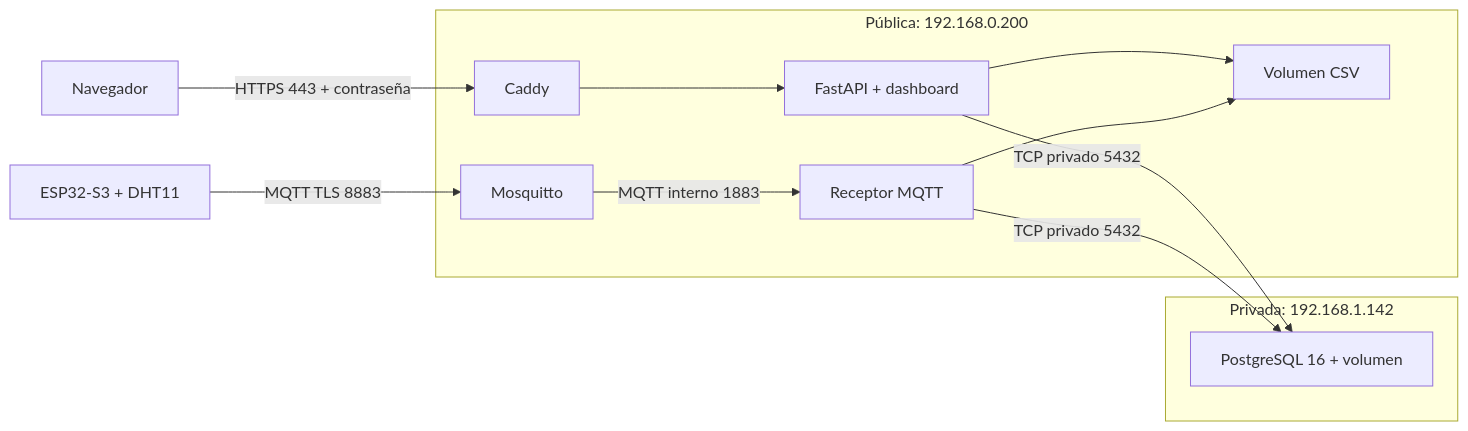
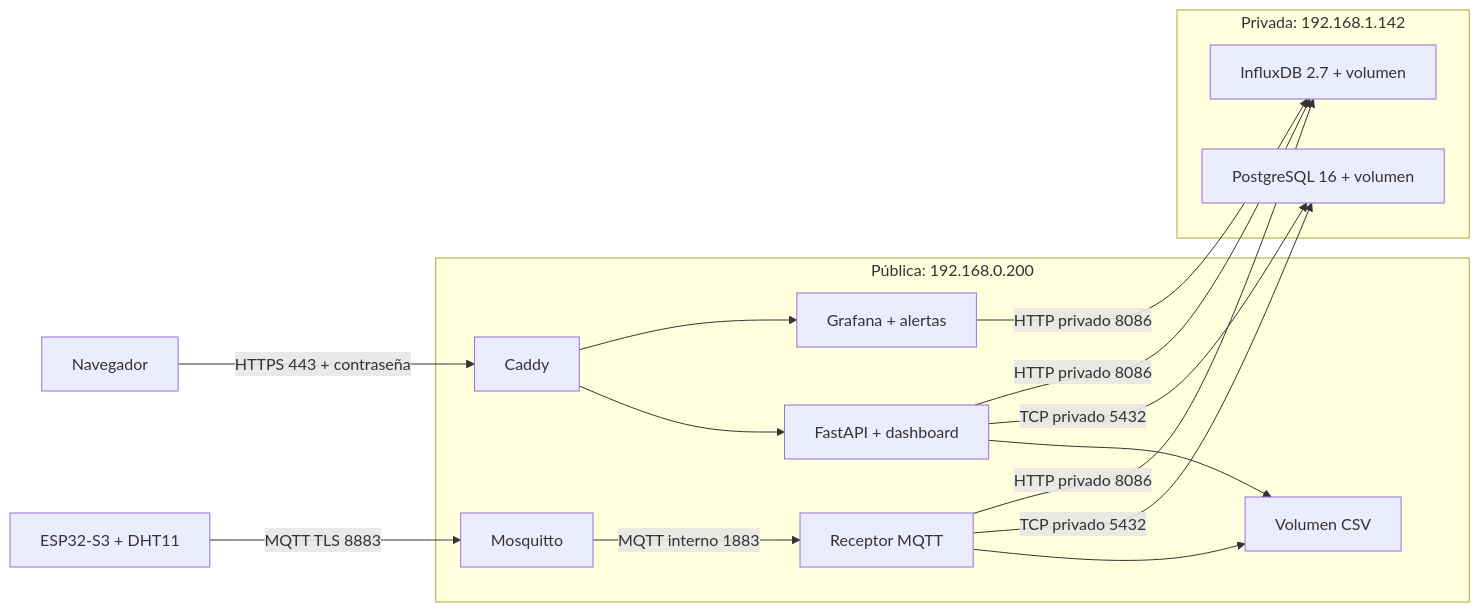
The diagram in deploy/aws-app/README.md (didcasva/Actividad_1_IoT_IA), drawn with Mermaid before and after one commit. The commit also changed other lines of this file and 30 other files, not shown here.

First line of the commit message:
Actividad 2: InfluxDB, Grafana y alertas

````diff
--- a/deploy/aws-app/README.md
+++ b/deploy/aws-app/README.md
@@ -7,16 +7,21 @@
 ```mermaid
 flowchart LR
   ESP[ESP32-S3 + DHT11] -->|MQTT TLS 8883| Broker
   Navegador -->|HTTPS 443 + contraseña| Caddy
   subgraph Pública: 192.168.0.200
     Broker[Mosquitto] -->|MQTT interno 1883| Worker[Receptor MQTT]
     Caddy --> API[FastAPI + dashboard]
+    Caddy --> Grafana[Grafana + alertas]
     API --> CSV[Volumen CSV]
     Worker --> CSV
   end
   API -->|TCP privado 5432| DB
   Worker -->|TCP privado 5432| DB
+  API -->|HTTP privado 8086| Influx
+  Worker -->|HTTP privado 8086| Influx
+  Grafana -->|HTTP privado 8086| Influx
   subgraph Privada: 192.168.1.142
     DB[PostgreSQL 16 + volumen]
+    Influx[InfluxDB 2.7 + volumen]
   end
 ```
````
